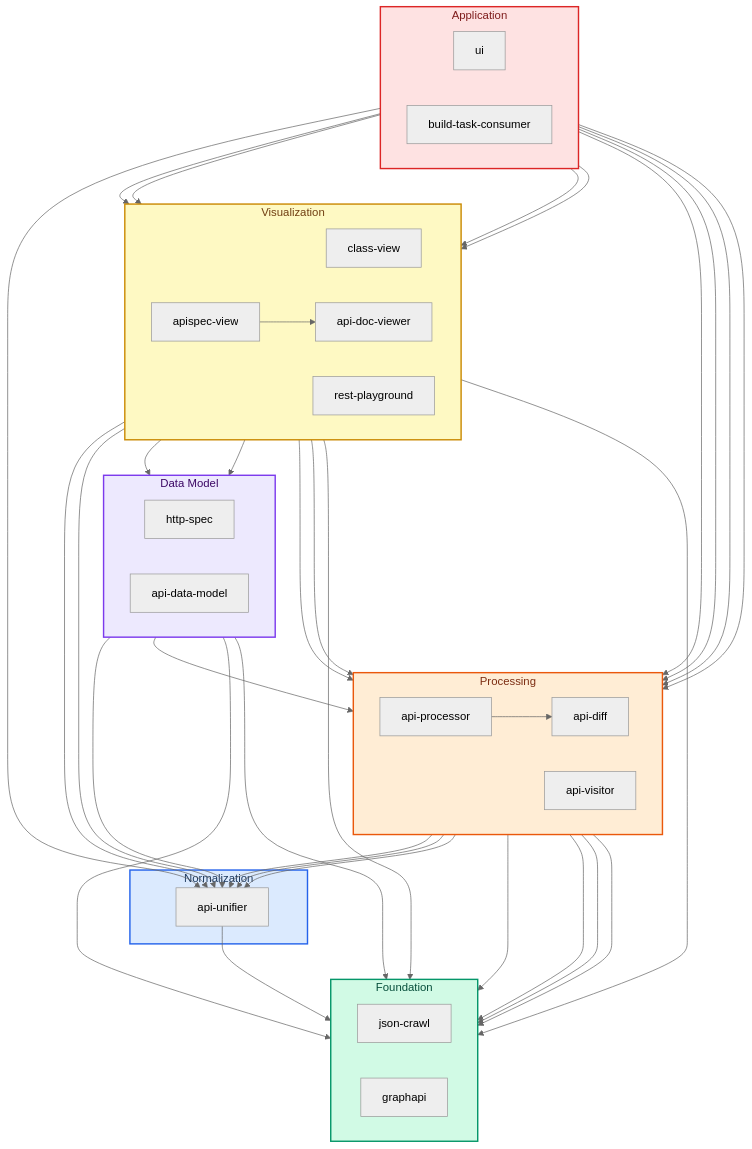
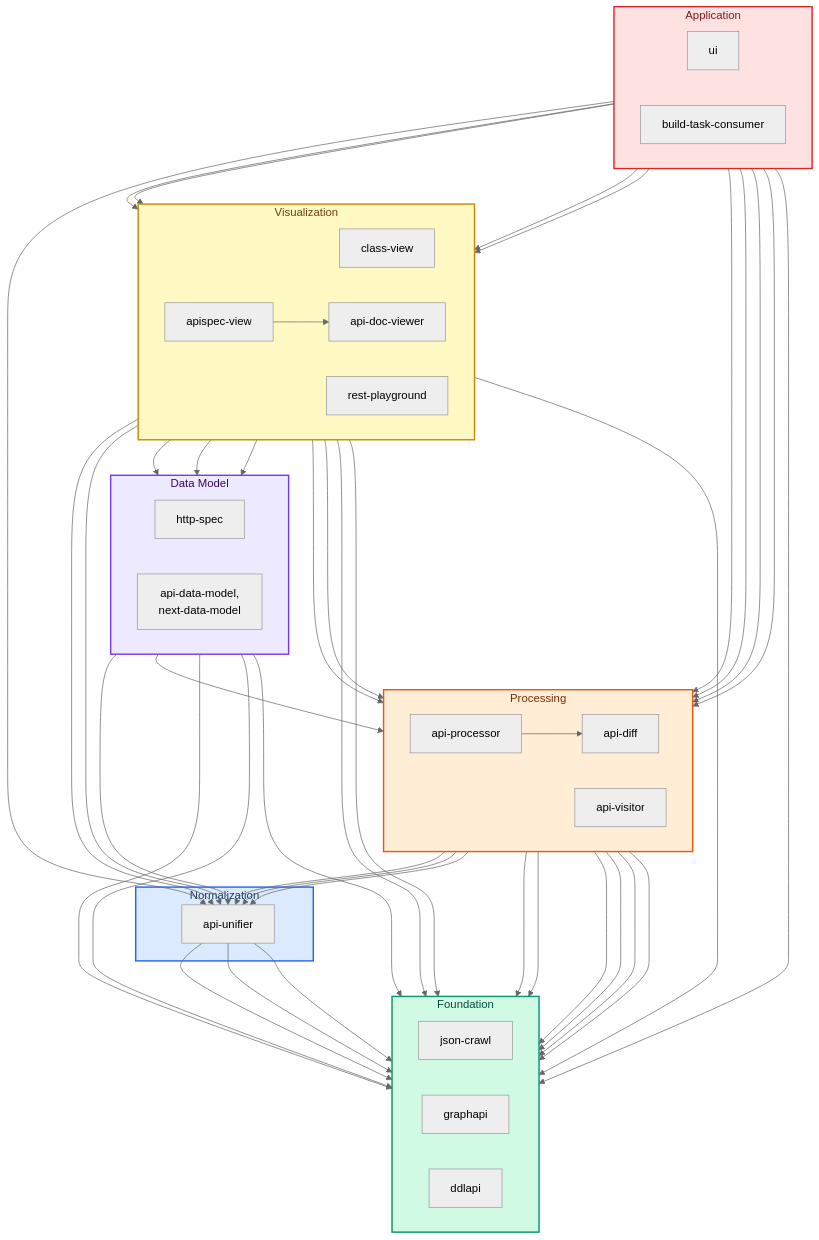
The first of 6 diagrams in docs/architecture/processing-libraries.md (Netcracker/qubership-apihub), drawn with Mermaid (neutral theme) before and after one commit. The commit also changed other lines of this file, not shown here.

First line of the commit message:
docs(architecture): map processing libraries to monorepo modules

```diff
--- a/docs/architecture/processing-libraries.md
+++ b/docs/architecture/processing-libraries.md
@@ -36,6 +38,7 @@
     direction LR
     crawl["json-crawl"]
     graphapi["graphapi"]
+    ddlapi["ddlapi"]
   end
 
   subgraph normalization["Normalization"]
@@ -52,7 +55,7 @@
   subgraph datamodel["Data Model"]
     direction LR
     httpspec["http-spec"]
-    datamod["api-data-model"]
+    datamod["api-data-model,<br/>next-data-model"]
   end
 
   subgraph visualization["Visualization"]
@@ -70,25 +73,32 @@
   end
 
   unifier --> crawl
+  unifier --> graphapi
+  unifier --> ddlapi
 
   diff --> unifier
   diff --> crawl
+  diff --> ddlapi
   visitor --> unifier
   visitor --> crawl
   processor --> diff
   processor --> unifier
   processor --> graphapi
   processor --> crawl
+  processor --> ddlapi
 
   datamod --> crawl
   datamod --> unifier
   datamod --> diff
   datamod --> graphapi
+  datamod --> ddlapi
 
   docviewer --> diff
   docviewer --> unifier
   docviewer --> graphapi
   docviewer --> crawl
+  docviewer --> ddlapi
+  docviewer --> datamod
   apispecview --> diff
   apispecview --> docviewer
   apispecview --> unifier
@@ -103,6 +113,7 @@
   ui --> apispecview
   ui --> classview
   ui --> playground
+  ui --> ddlapi
   consumer --> processor
 
   style foundation fill:#d1fae5,stroke:#059669,stroke-width:2px,color:#064e3b
```
